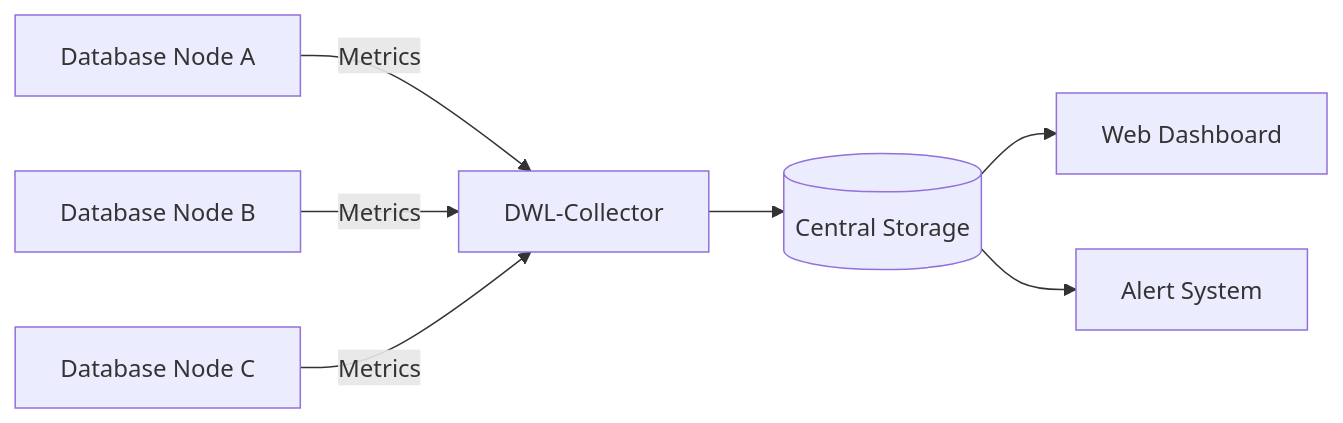
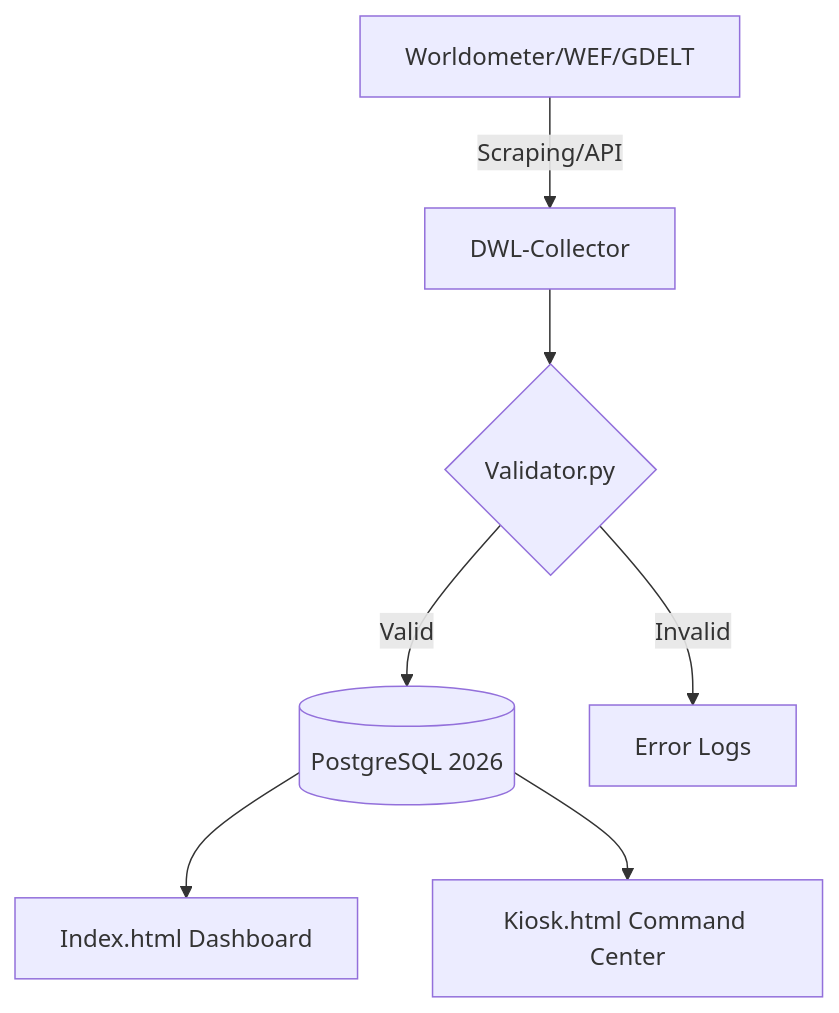
One commit to alaeymaan-max/database-world-log changed the diagram in README.md. Above: the diagram before and after it, drawn with Mermaid. The commit also changed other lines of this file, not shown here.

````diff
--- a/README.md
+++ b/README.md
@@ -32,10 +25,10 @@
 ```mermaid
-graph LR
-  A[Database Node A] -->|Metrics| D[DWL-Collector]
-  B[Database Node B] -->|Metrics| D
-  C[Database Node C] -->|Metrics| D
-  D --> E[(Central Storage)]
-  E --> F[Web Dashboard]
-  E --> G[Alert System]
+graph TD
+  A[Worldometer/WEF/GDELT] -->|Scraping/API| B[DWL-Collector]
+  B --> C{Validator.py}
+  C -->|Valid| D[(PostgreSQL 2026)]
+  C -->|Invalid| E[Error Logs]
+  D --> F[Index.html Dashboard]
+  D --> G[Kiosk.html Command Center]
 
 ```
````
